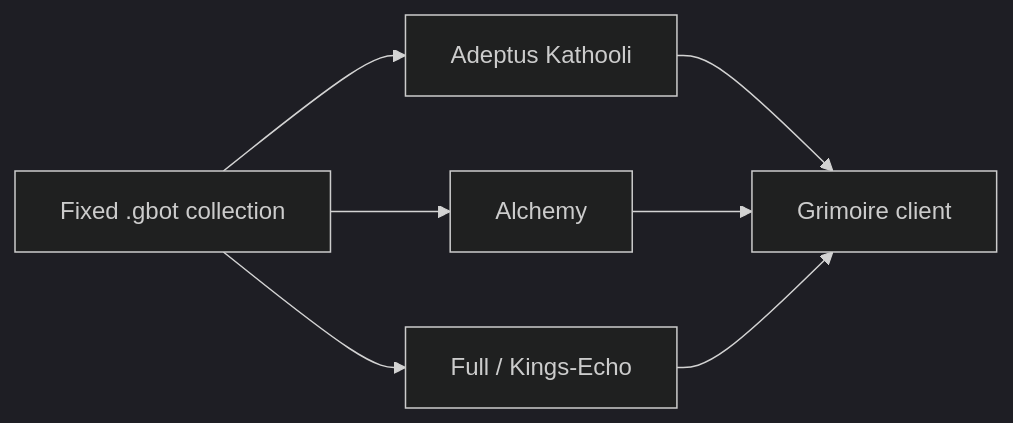
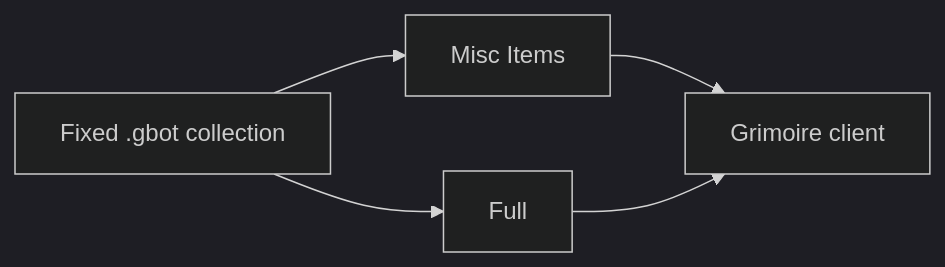
One commit to verifiedlazy/Grimoire-Bot changed the diagram in docs/ai-readme/project-structure.md. Above: the diagram before and after it, drawn with Mermaid (dark theme). The commit also changed other lines of this file and 22 other files, not shown here.

````diff
--- a/docs/ai-readme/project-structure.md
+++ b/docs/ai-readme/project-structure.md
@@ -95,14 +70,11 @@
 ```mermaid
 flowchart LR
   Repo[Fixed .gbot collection]
-  Adeptus[Adeptus Kathooli]
-  Alchemy[Alchemy]
-  Full[Full / Kings-Echo]
+  Misc[Misc Items]
+  Full[Full]
   Client[Grimoire client]
-  Repo --> Adeptus
-  Repo --> Alchemy
+  Repo --> Misc
   Repo --> Full
-  Adeptus --> Client
-  Alchemy --> Client
+  Misc --> Client
   Full --> Client
 ```
````
